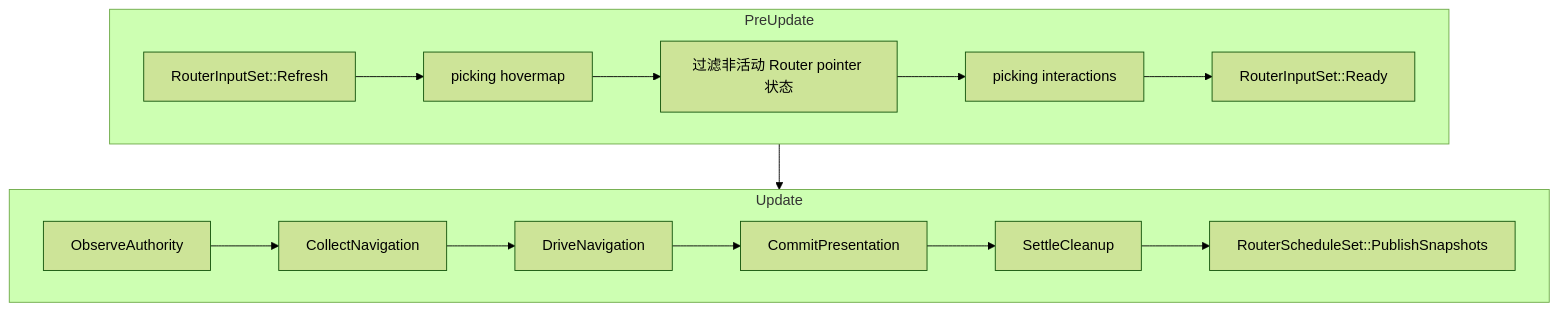
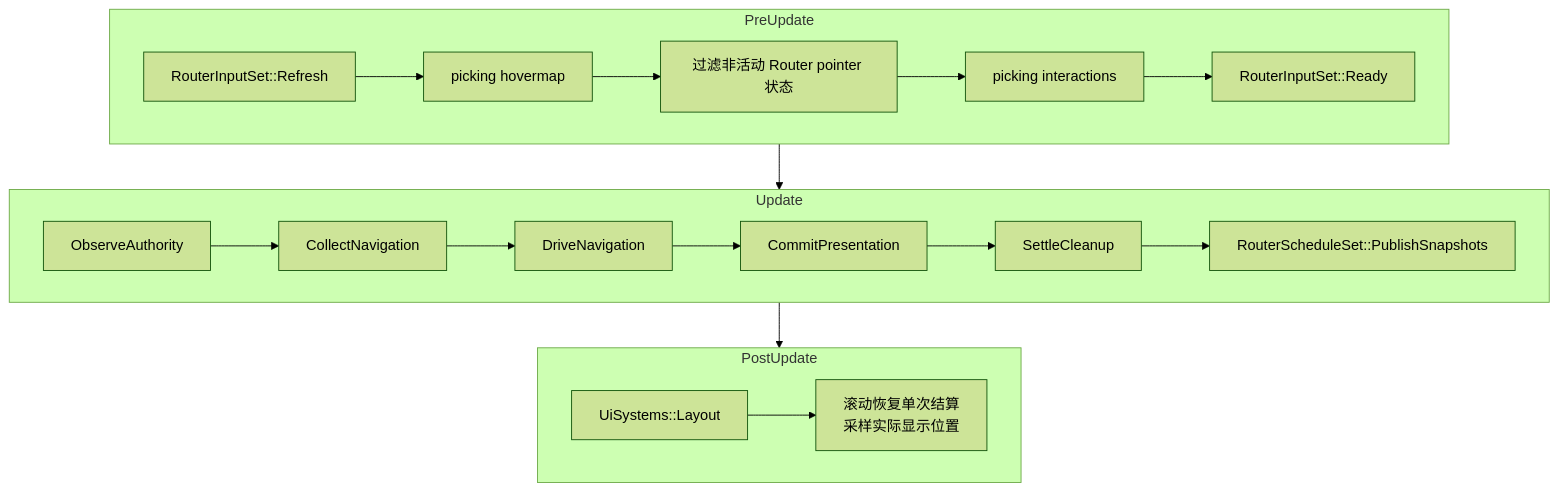
One commit to shengyusi-SYS/bevy_ui_router changed the third of 3 diagrams in docs/architecture/runtime.md. Above: the diagram before and after it, drawn with Mermaid (forest theme). The commit also changed other lines of this file and 4 other files, not shown here.

````diff
--- a/docs/architecture/runtime.md
+++ b/docs/architecture/runtime.md
@@ -106,19 +106,24 @@
 ```mermaid
 flowchart TB
     subgraph PreUpdate
         direction LR
         Refresh["RouterInputSet::Refresh"] --> HoverMap["picking hovermap"]
         HoverMap --> Filter["过滤非活动 Router pointer 状态"]
         Filter --> Interaction["picking interactions"]
         Interaction --> Ready["RouterInputSet::Ready"]
     end
     subgraph Update
         direction LR
         Observe["ObserveAuthority"] --> Collect["CollectNavigation"]
         Collect --> Drive["DriveNavigation"]
         Drive --> Commit["CommitPresentation"]
         Commit --> Cleanup["SettleCleanup"]
         Cleanup --> Publish["RouterScheduleSet::PublishSnapshots"]
     end
+    subgraph PostUpdate
+        direction LR
+        Layout["UiSystems::Layout"] --> Scroll["滚动恢复单次结算<br/>采样实际显示位置"]
+    end
     Ready --> Observe
+    Publish --> Layout
 ```
````
